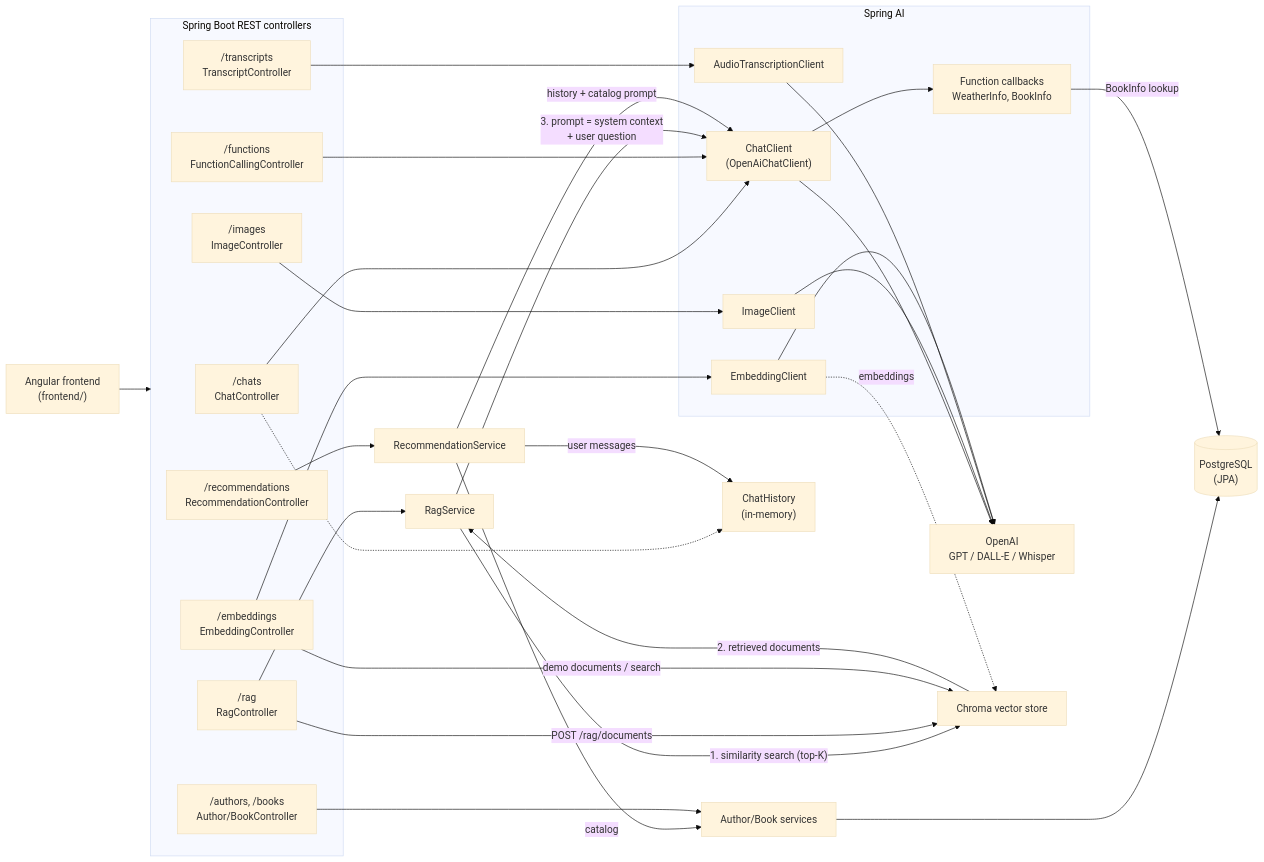
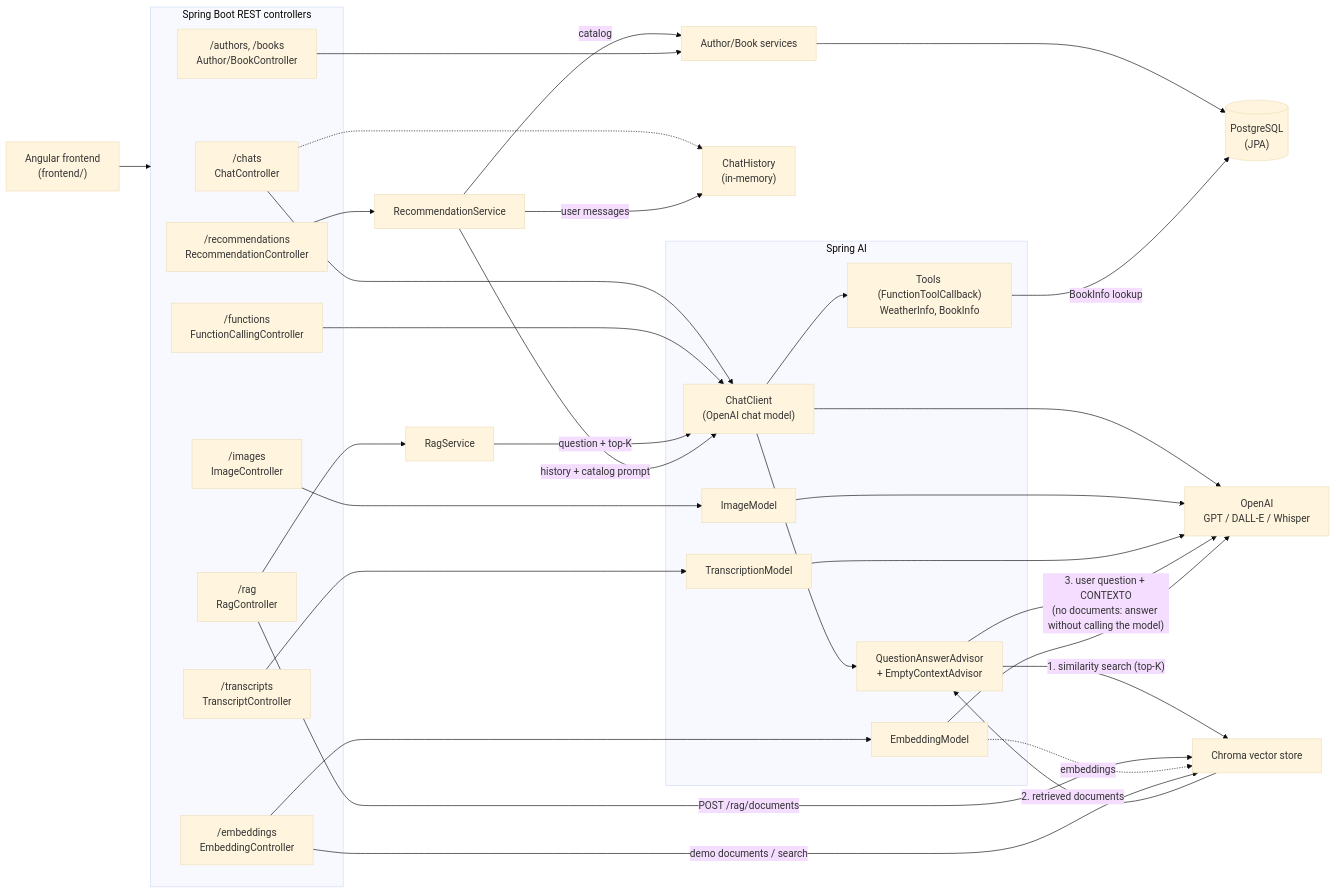
Before and after one commit to AZapata27/ai-integration-springai: the diagram in README.md, drawn with Mermaid (base theme). The commit also changed other lines of this file and 1 other file, not shown here.

````diff
--- a/README.md
+++ b/README.md
@@ -114,48 +115,51 @@
 ```mermaid
 flowchart LR
     FE["Angular frontend<br/>(frontend/)"] --> API
 
     subgraph API["Spring Boot REST controllers"]
         CHAT["/chats<br/>ChatController"]
         RAG["/rag<br/>RagController"]
         REC["/recommendations<br/>RecommendationController"]
         FN["/functions<br/>FunctionCallingController"]
         EMB["/embeddings<br/>EmbeddingController"]
         IMG["/images<br/>ImageController"]
         TR["/transcripts<br/>TranscriptController"]
         CRUD["/authors, /books<br/>Author/BookController"]
     end
 
     subgraph AI["Spring AI"]
-        CC["ChatClient<br/>(OpenAiChatClient)"]
-        EC["EmbeddingClient"]
-        IC["ImageClient"]
-        TC["AudioTranscriptionClient"]
-        FCB["Function callbacks<br/>WeatherInfo, BookInfo"]
+        CC["ChatClient<br/>(OpenAI chat model)"]
+        QA["QuestionAnswerAdvisor<br/>+ EmptyContextAdvisor"]
+        EC["EmbeddingModel"]
+        IC["ImageModel"]
+        TC["TranscriptionModel"]
+        FCB["Tools (FunctionToolCallback)<br/>WeatherInfo, BookInfo"]
     end
 
     CHAT --> CC
     CHAT -.-> HIST["ChatHistory<br/>(in-memory)"]
     FN --> CC
     CC --> FCB
     CC --> OPENAI["OpenAI<br/>GPT / DALL-E / Whisper"]
     IMG --> IC --> OPENAI
     TR --> TC --> OPENAI
 
     RAG --> RS["RagService"]
-    RS -- "1. similarity search (top-K)" --> VS["Chroma vector store"]
-    VS -- "2. retrieved documents" --> RS
-    RS -- "3. prompt = system context<br/>+ user question" --> CC
+    RS -- "question + top-K" --> CC
+    CC --> QA
+    QA -- "1. similarity search (top-K)" --> VS["Chroma vector store"]
+    VS -- "2. retrieved documents" --> QA
+    QA -- "3. user question + CONTEXTO<br/>(no documents: answer without calling the model)" --> OPENAI
     RAG -- "POST /rag/documents" --> VS
     EMB --> EC --> OPENAI
     EC -. "embeddings" .-> VS
     EMB -- "demo documents / search" --> VS
 
     REC --> RECS["RecommendationService"]
     RECS -- "user messages" --> HIST
     RECS -- "catalog" --> SVC
     RECS -- "history + catalog prompt" --> CC
 
     CRUD --> SVC["Author/Book services"] --> DB[("PostgreSQL<br/>(JPA)")]
     FCB -- "BookInfo lookup" --> DB
 ```
````
